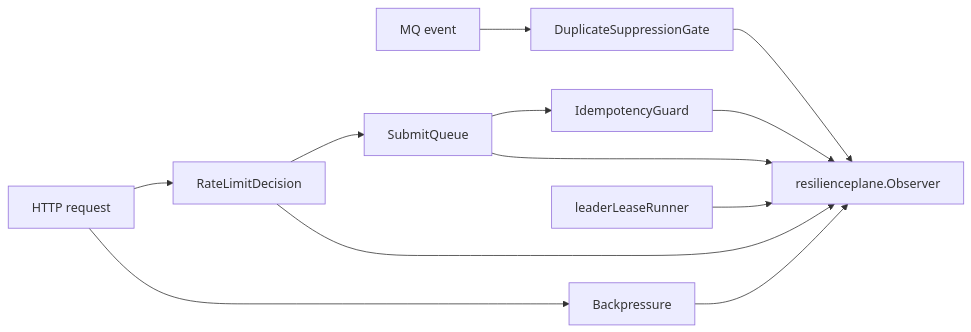
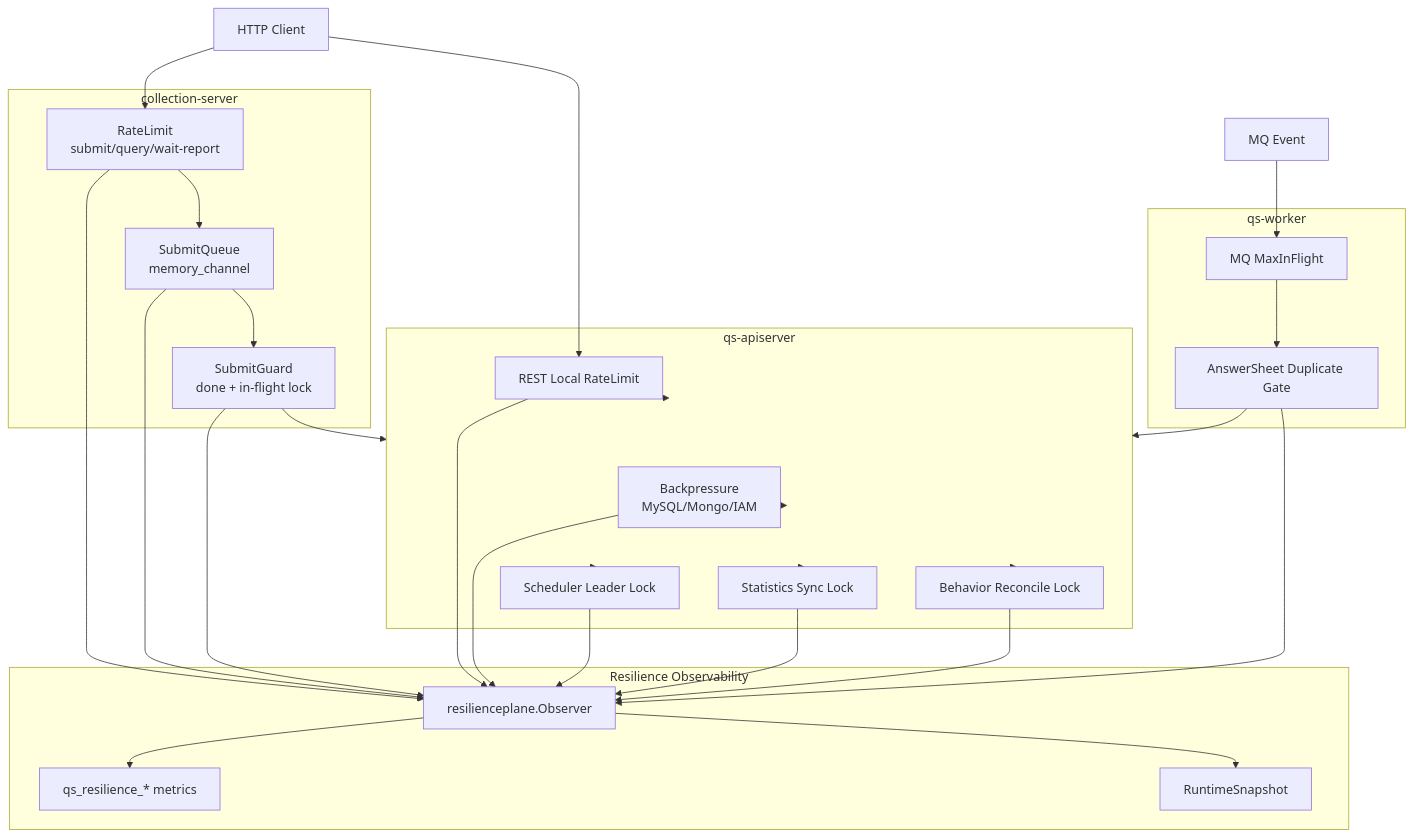
The diagram in docs/03-基础设施/resilience/07-能力矩阵.md (FangcunMount/qs-server), drawn with Mermaid before and after one commit. The commit also changed other lines of this file and 8 other files, not shown here.

````diff
--- a/docs/03-基础设施/resilience/07-能力矩阵.md
+++ b/docs/03-基础设施/resilience/07-能力矩阵.md
@@ -29,22 +30,50 @@
 ```mermaid
-flowchart LR
-    request["HTTP request"]
-    event["MQ event"]
-    rate["RateLimitDecision"]
-    queue["SubmitQueue"]
-    bp["Backpressure"]
-    submit["IdempotencyGuard"]
-    worker["DuplicateSuppressionGate"]
-    leader["leaderLeaseRunner"]
-    obs["resilienceplane.Observer"]
+flowchart TB
+    client["HTTP Client"]
+    mq["MQ Event"]
 
-    request --> rate --> queue --> submit
-    request --> bp
-    event --> worker
+    subgraph Collection["collection-server"]
+        crl["RateLimit<br/>submit/query/wait-report"]
+        sq["SubmitQueue<br/>memory_channel"]
+        sg["SubmitGuard<br/>done + in-flight lock"]
+    end
+
+    subgraph API["qs-apiserver"]
+        arl["REST Local RateLimit"]
+        bp["Backpressure<br/>MySQL/Mongo/IAM"]
+        leader["Scheduler Leader Lock"]
+        stats["Statistics Sync Lock"]
+        reconcile["Behavior Reconcile Lock"]
+    end
+
+    subgraph Worker["qs-worker"]
+        max["MQ MaxInFlight"]
+        dup["AnswerSheet Duplicate Gate"]
+    end
+
+    subgraph Obs["Resilience Observability"]
+        obs["resilienceplane.Observer"]
+        metrics["qs_resilience_* metrics"]
+        status["RuntimeSnapshot"]
+    end
+
+    client --> crl --> sq --> sg --> API
+    client --> arl --> API
+    API --> bp
+    API --> leader
+    API --> stats
+    API --> reconcile
+    mq --> max --> dup --> API
+
+    crl --> obs
+    sq --> obs
+    sg --> obs
+    arl --> obs
+    bp --> obs
     leader --> obs
-    rate --> obs
-    queue --> obs
-    bp --> obs
-    submit --> obs
-    worker --> obs
+    stats --> obs
+    reconcile --> obs
+    dup --> obs
+    obs --> metrics
+    obs --> status
 ```
````
